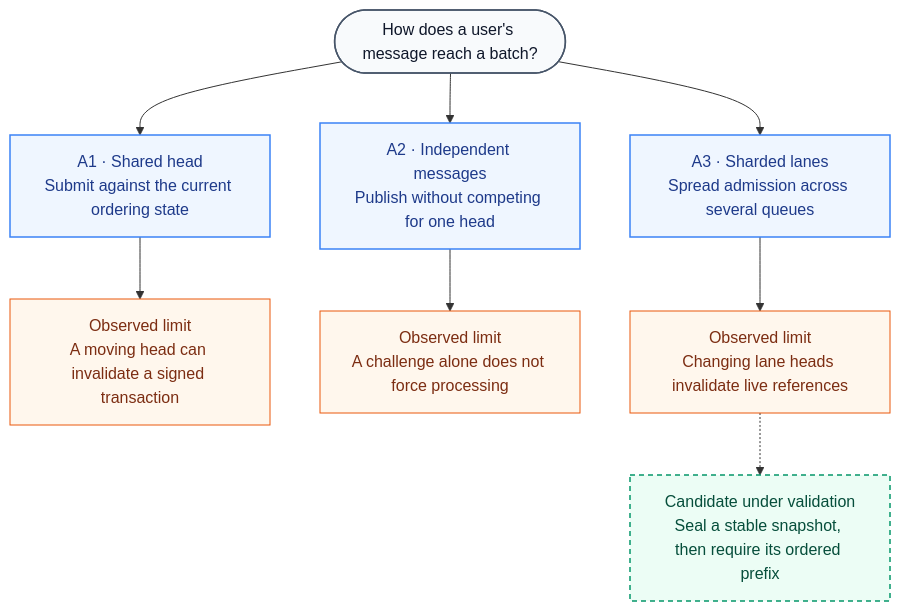
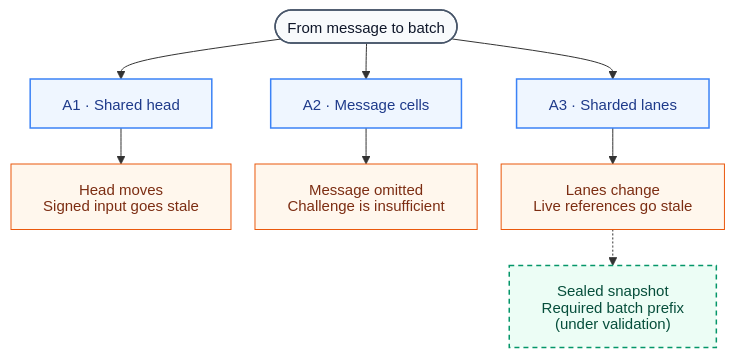
Before and after one commit to Tactus-Labs/tactus: the second of 2 diagrams in README.md, drawn with Mermaid. The commit also changed other lines of this file, not shown here.

Commit message:
docs: prevent Mermaid label overflow in README

````diff
--- a/README.md
+++ b/README.md
@@ -103,22 +93,23 @@
 ```mermaid
+%%{init: {"htmlLabels": false, "flowchart": {"htmlLabels": false, "nodeSpacing": 24, "rankSpacing": 36, "padding": 16}, "themeVariables": {"fontFamily": "Arial, sans-serif", "fontSize": "15px"}}}%%
 flowchart TB
-    question(["How does a user's message reach a batch?"])
+    question(["From message to batch"])
 
-    question --> a1["A1 · Shared head<br/>Submit against the current ordering state"]
-    question --> a2["A2 · Independent messages<br/>Publish without competing for one head"]
-    question --> a3["A3 · Sharded lanes<br/>Spread admission across several queues"]
+    question --> a1["A1 · Shared head"]
+    question --> a2["A2 · Message cells"]
+    question --> a3["A3 · Sharded lanes"]
 
-    a1 --> stale["Observed limit<br/>A moving head can invalidate a signed transaction"]
-    a2 --> omit["Observed limit<br/>A challenge alone does not force processing"]
-    a3 --> churn["Observed limit<br/>Changing lane heads invalidate live references"]
-    churn -.-> sealed["Candidate under validation<br/>Seal a stable snapshot, then require its ordered prefix"]
+    a1 --> stale["Head moves<br/>Signed input goes stale"]
+    a2 --> omit["Message omitted<br/>Challenge is insufficient"]
+    a3 --> churn["Lanes change<br/>Live references go stale"]
+    churn -.-> sealed["Sealed snapshot<br/>Required batch prefix<br/>(under validation)"]
 
     classDef entry fill:#f8fafc,stroke:#475569,color:#0f172a,stroke-width:1.5px
     classDef design fill:#eff6ff,stroke:#3b82f6,color:#1e3a8a,stroke-width:1.5px
     classDef finding fill:#fff7ed,stroke:#ea580c,color:#7c2d12
     classDef candidate fill:#ecfdf5,stroke:#059669,color:#064e3b,stroke-width:1.5px,stroke-dasharray:5 4
     class question entry
     class a1,a2,a3 design
     class stale,omit,churn finding
     class sealed candidate
 ```
````
